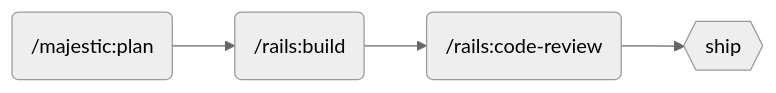
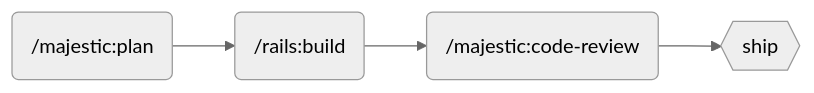
The diagram in plugins/majestic-rails/README.md (majesticlabs-dev/majestic-marketplace), drawn with Mermaid (neutral theme) before and after one commit. The commit also changed other lines of this file and 11 other files, not shown here.

````diff
--- a/plugins/majestic-rails/README.md
+++ b/plugins/majestic-rails/README.md
@@ -13,6 +13,6 @@
 ```mermaid
 graph LR
     A(/majestic:plan) --> B(/rails:build)
-    B --> C(/rails:code-review)
+    B --> C(/majestic:code-review)
     C --> D{{ship}}
 ```
````
